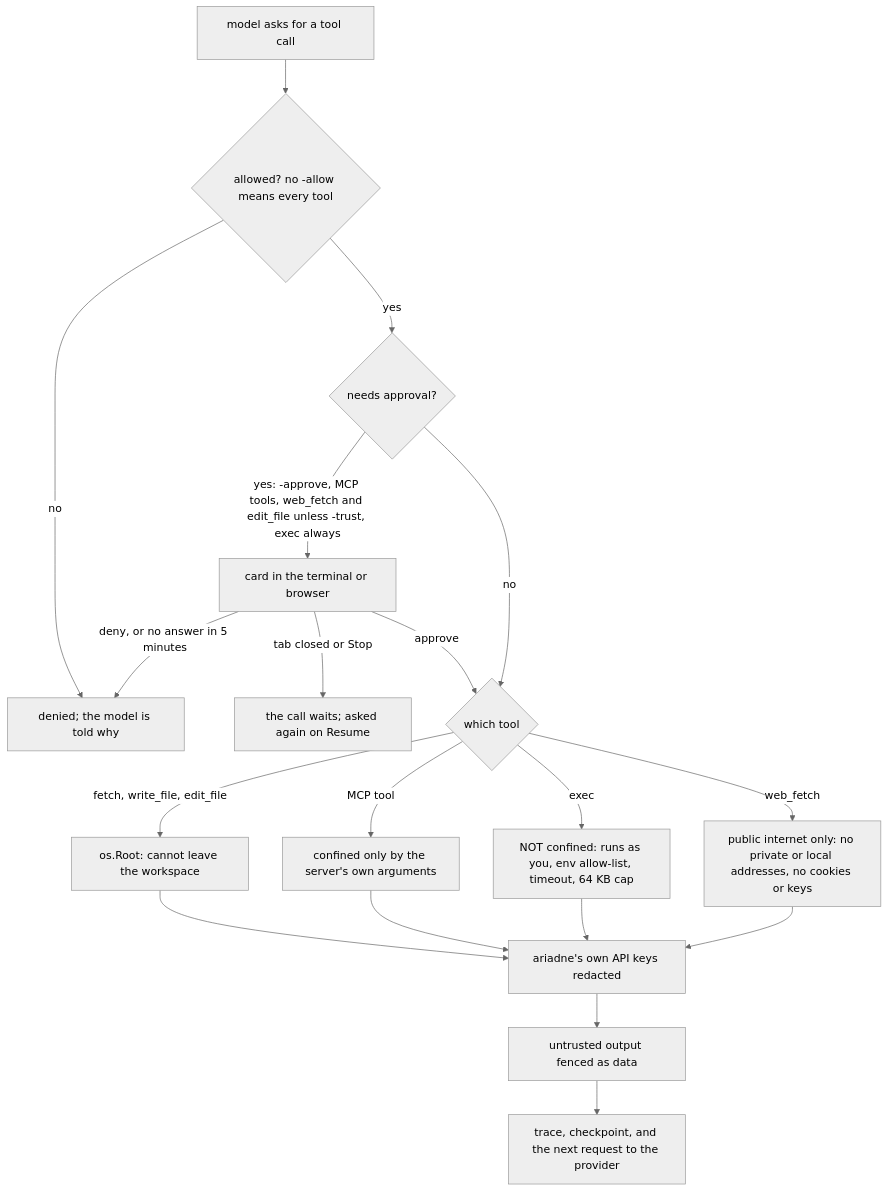
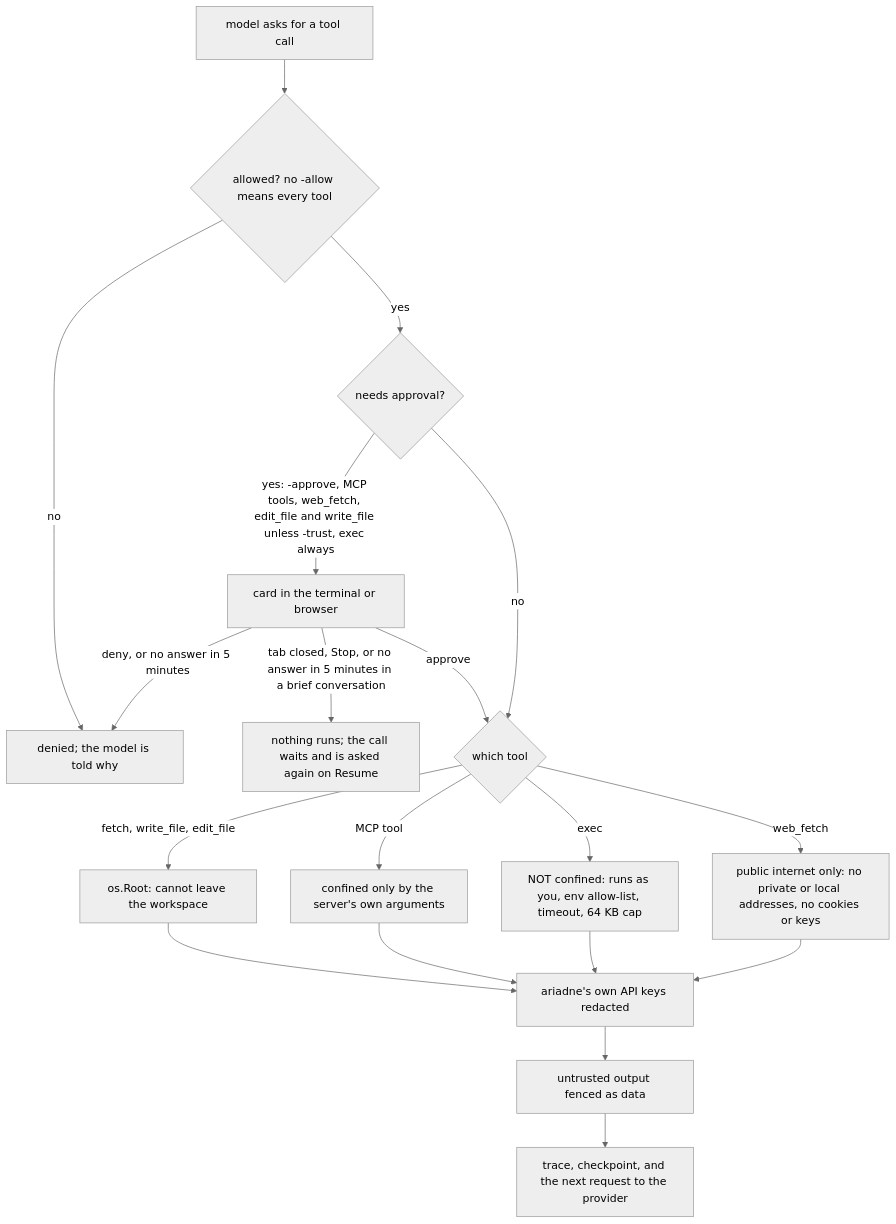
Before and after one commit to ginko97/ariadne: the second of 2 diagrams in README.md, drawn with Mermaid (neutral theme). The commit also changed other lines of this file, not shown here.

Commit message:
docs: README names -task, the brief row, and write_file in the gate
- Use: `run -task brief.md` and `chat -task brief.md`, which --help
  already listed and the README never showed.
- Controls table: a row for briefs, saying plainly that a brief is sent
  as the operator's own message, unfenced, and what the browser does
  before starting one.
- Flowchart: write_file joins the gated built-ins (gated since v0.5.1;
  the chart still listed only web_fetch and edit_file), and an
  unanswered card in a brief conversation goes to "nothing runs; asked
  again on Resume", not to the denial, as run_20260922T201032_12ff5a
  showed.

````diff
--- a/README.md
+++ b/README.md
@@ -362,21 +363,21 @@
 ```mermaid
 flowchart TD
     M["model asks for a tool call"] --> A{"allowed? no -allow means every tool"}
     A -- no --> D["denied; the model is told why"]
     A -- yes --> G{"needs approval?"}
-    G -- "yes: -approve, MCP tools, web_fetch and edit_file unless -trust, exec always" --> P["card in the terminal or browser"]
+    G -- "yes: -approve, MCP tools, web_fetch, edit_file and write_file unless -trust, exec always" --> P["card in the terminal or browser"]
     P -- "deny, or no answer in 5 minutes" --> D
-    P -- "tab closed or Stop" --> WAIT["the call waits; asked again on Resume"]
+    P -- "tab closed, Stop, or no answer in 5 minutes in a brief conversation" --> WAIT["nothing runs; the call waits and is asked again on Resume"]
     P -- approve --> T{"which tool"}
     G -- no --> T
     T -- "fetch, write_file, edit_file" --> R["os.Root: cannot leave the workspace"]
     T -- "MCP tool" --> S["confined only by the server's own arguments"]
     T -- exec --> X["NOT confined: runs as you, env allow-list, timeout, 64 KB cap"]
     T -- web_fetch --> W["public internet only: no private or local addresses, no cookies or keys"]
     R --> RD["ariadne's own API keys redacted"]
     S --> RD
     X --> RD
     W --> RD
     RD --> F["untrusted output fenced as data"]
     F --> OUT["trace, checkpoint, and the next request to the provider"]
 ```
````
